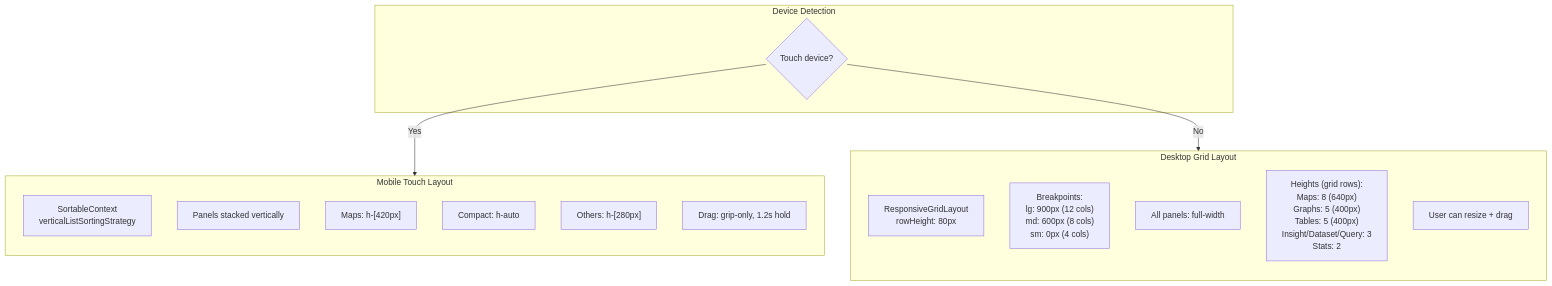
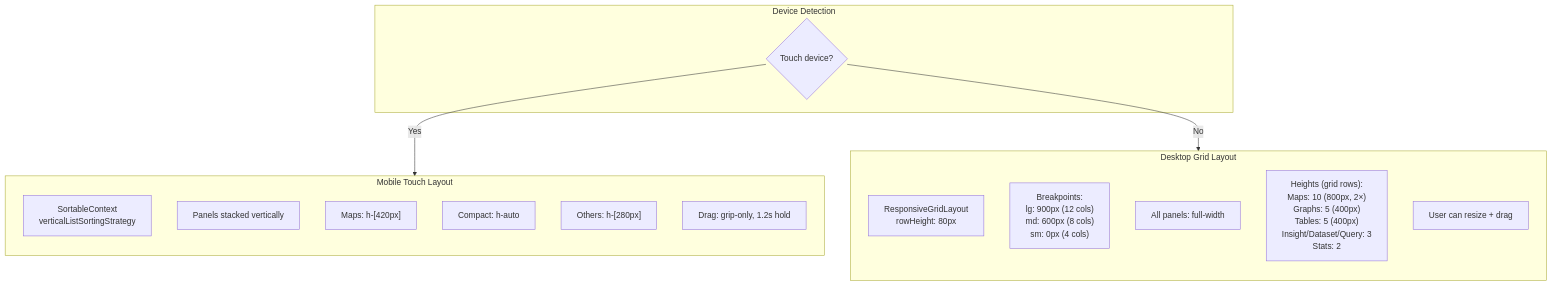
Diagram 15 of 30 in ARCHITECTURE.md (walkthru-earth/ai), drawn with Mermaid before and after one commit. The commit also changed 5 other files, not shown here.

````diff
--- a/ARCHITECTURE.md
+++ b/ARCHITECTURE.md
@@ -566,28 +566,28 @@
 ```mermaid
 flowchart TB
     subgraph Detection["Device Detection"]
         Touch{Touch device?}
     end
 
     Touch -->|Yes| Mobile["Mobile Layout<br/>(@dnd-kit sortable)"]
     Touch -->|No| Desktop["Desktop Layout<br/>(react-grid-layout)"]
 
     subgraph Mobile["Mobile Touch Layout"]
         direction TB
         M_Sort["SortableContext<br/>verticalListSortingStrategy"]
         M_Panels["Panels stacked vertically"]
         M_Map["Maps: h-[420px]"]
         M_Compact["Compact: h-auto"]
         M_Other["Others: h-[280px]"]
         M_Drag["Drag: grip-only, 1.2s hold"]
     end
 
     subgraph Desktop["Desktop Grid Layout"]
         direction TB
         D_Grid["ResponsiveGridLayout<br/>rowHeight: 80px"]
         D_Break["Breakpoints:<br/>lg: 900px (12 cols)<br/>md: 600px (8 cols)<br/>sm: 0px (4 cols)"]
         D_Full["All panels: full-width"]
-        D_Heights["Heights (grid rows):<br/>Maps: 8 (640px)<br/>Graphs: 5 (400px)<br/>Tables: 5 (400px)<br/>Insight/Dataset/Query: 3<br/>Stats: 2"]
+        D_Heights["Heights (grid rows):<br/>Maps: 10 (800px, 2×)<br/>Graphs: 5 (400px)<br/>Tables: 5 (400px)<br/>Insight/Dataset/Query: 3<br/>Stats: 2"]
         D_Resize["User can resize + drag"]
     end
 ```
````
